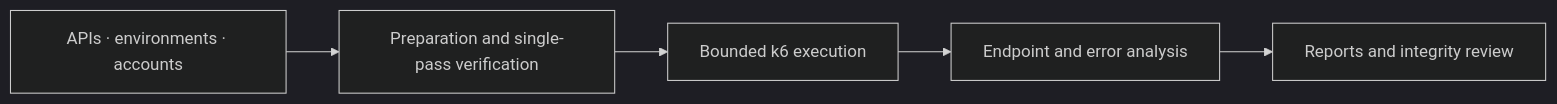
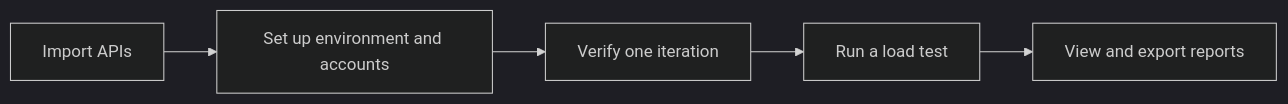
One commit to chasen2041maker/Pressure_Platform changed the diagram in README.en.md. Above: the diagram before and after it, drawn with Mermaid (dark theme). The commit also changed other lines of this file and 2 other files, not shown here.

````diff
--- a/README.en.md
+++ b/README.en.md
@@ -75,7 +77,7 @@
 ```mermaid
 flowchart LR
-    A["APIs · environments · accounts"] --> B["Preparation and single-pass verification"]
-    B --> C["Bounded k6 execution"]
-    C --> D["Endpoint and error analysis"]
-    D --> E["Reports and integrity review"]
+    A["Import APIs"] --> B["Set up environment and accounts"]
+    B --> C["Verify one iteration"]
+    C --> D["Run a load test"]
+    D --> E["View and export reports"]
 ```
````
